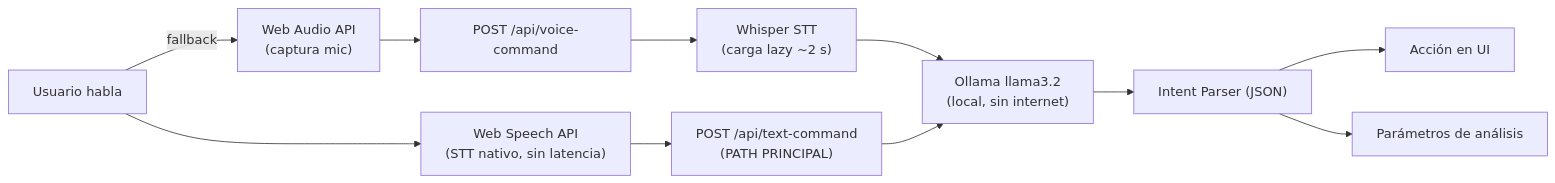
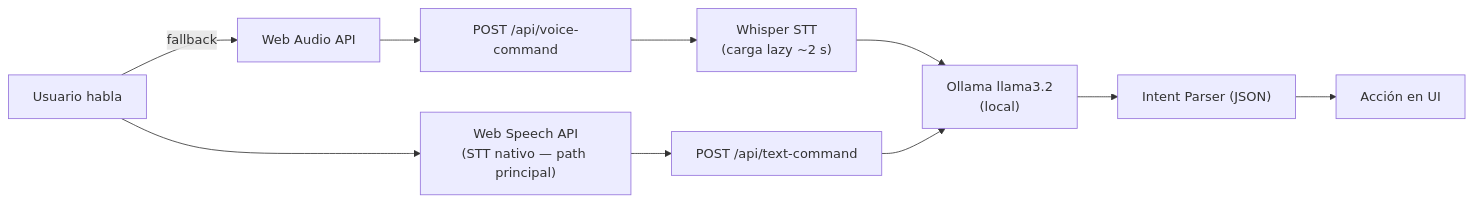
The second of 2 diagrams in README.md (Zidnz/Milpin-pp26-v.1-), drawn with Mermaid before and after one commit. The commit also changed other lines of this file, not shown here.

````diff
--- a/README.md
+++ b/README.md
@@ -644,17 +732,13 @@
 ```mermaid
 flowchart LR
     USER["Usuario habla"]
-
-    USER --> WSA["Web Speech API\n(STT nativo, sin latencia)"]
-    WSA --> TEXT_CMD["POST /api/text-command\n(PATH PRINCIPAL)"]
-
-    USER --> |"fallback"| AUDIO["Web Audio API\n(captura mic)"]
+    USER --> WSA["Web Speech API\n(STT nativo — path principal)"]
+    WSA --> TEXT_CMD["POST /api/text-command"]
+    USER --> |fallback| AUDIO["Web Audio API"]
     AUDIO --> VOICE_CMD["POST /api/voice-command"]
     VOICE_CMD --> WHISPER["Whisper STT\n(carga lazy ~2 s)"]
     WHISPER --> LLM
-
-    TEXT_CMD --> LLM["Ollama llama3.2\n(local, sin internet)"]
+    TEXT_CMD --> LLM["Ollama llama3.2\n(local)"]
     LLM --> PARSER["Intent Parser (JSON)"]
     PARSER --> UI["Acción en UI"]
-    PARSER --> PARAMS["Parámetros de análisis"]
 ```
````
